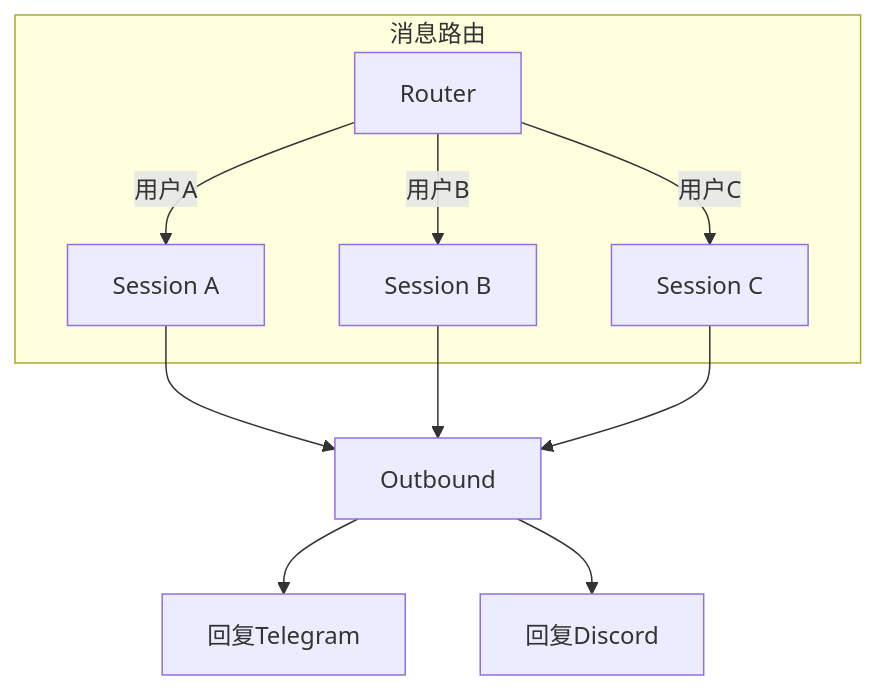
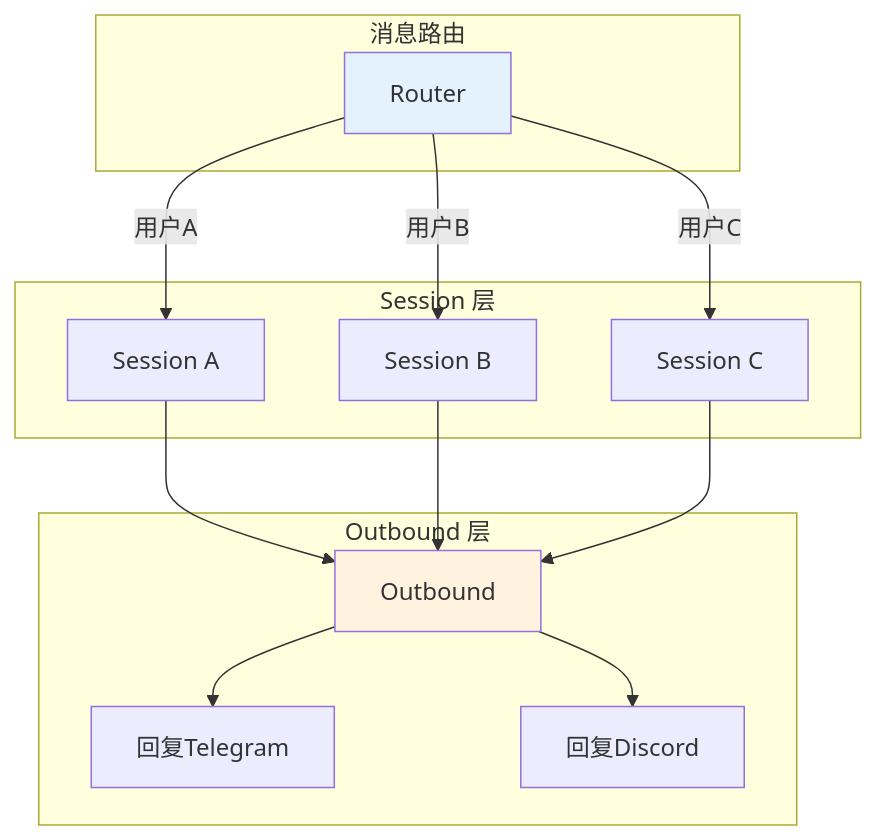
Before and after one commit to yeheng/nanobot-rs: the third of 20 diagrams in docs/architecture.md, drawn with Mermaid. The commit also changed other lines of this file and 11 other files, not shown here.

````diff
--- a/docs/architecture.md
+++ b/docs/architecture.md
@@ -102,17 +108,32 @@
 ```mermaid
 flowchart TB
     subgraph 消息路由
         R[Router]
-        
-        R -->|用户A| S1[Session A]
-        R -->|用户B| S2[Session B]
-        R -->|用户C| S3[Session C]
     end
-    
-    S1 --> Out[Outbound]
+
+    subgraph Session 层
+        S1[Session A]
+        S2[Session B]
+        S3[Session C]
+    end
+
+    subgraph Outbound 层
+        Out[Outbound]
+        TG[回复Telegram]
+        DC[回复Discord]
+    end
+
+    R -->|用户A| S1
+    R -->|用户B| S2
+    R -->|用户C| S3
+
+    S1 --> Out
     S2 --> Out
     S3 --> Out
-    
-    Out --> TG[回复Telegram]
-    Out --> DC[回复Discord]
+
+    Out --> TG
+    Out --> DC
+
+    style R fill:#E3F2FD
+    style Out fill:#FFF3E0
 ```
````
